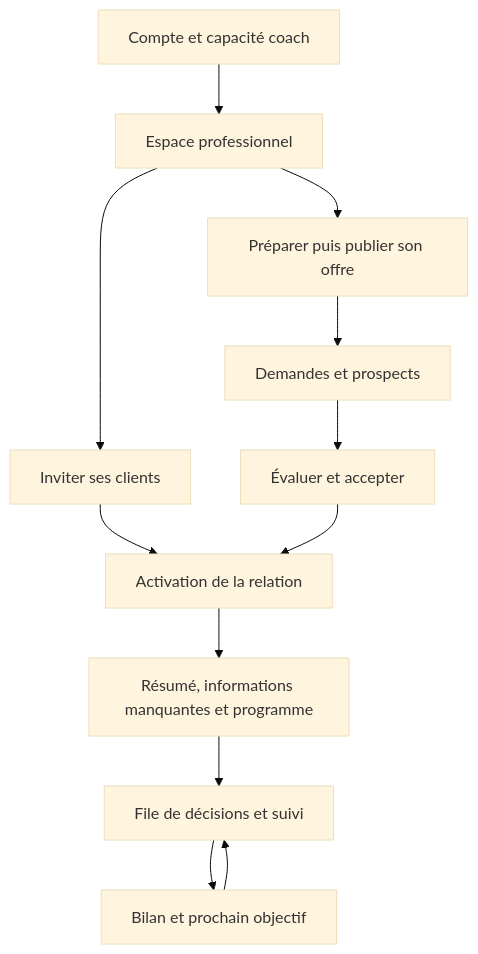
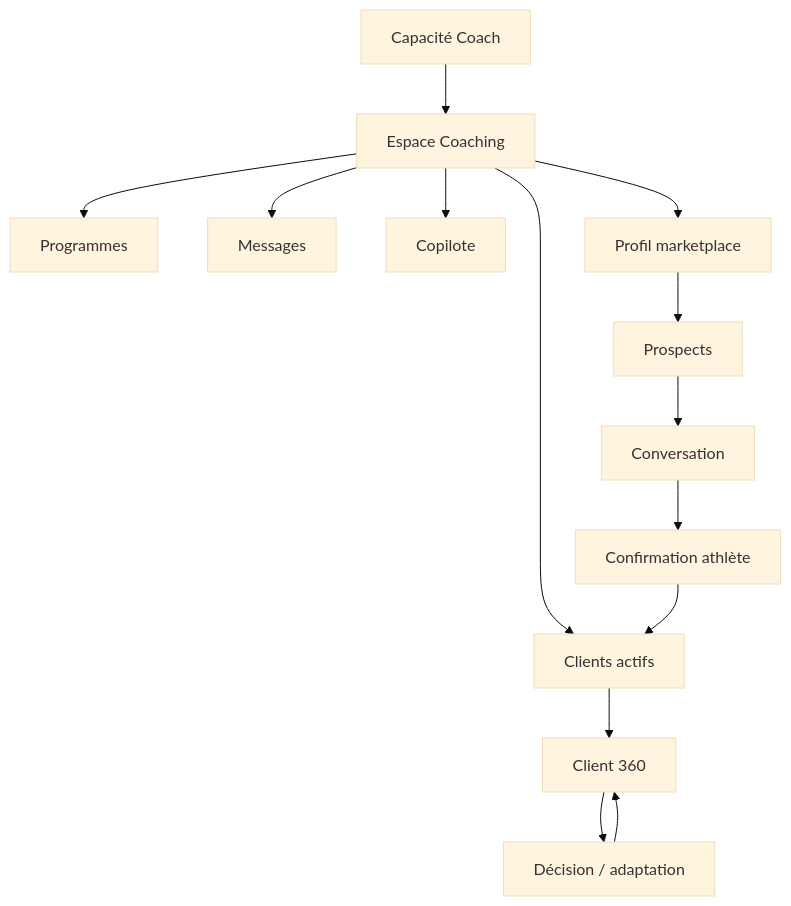
The fourth of 5 diagrams in docs/CARTE_PRODUIT.md (Jayvy2002/prometheus-tracker-app), drawn with Mermaid (base theme) before and after one commit. The commit also changed other lines of this file, not shown here.

````diff
--- a/docs/CARTE_PRODUIT.md
+++ b/docs/CARTE_PRODUIT.md
@@ -149,14 +203,16 @@
 ```mermaid
 flowchart TD
-  A["Compte et capacité coach"] --> B["Espace professionnel"]
-  B --> C["Inviter ses clients"]
-  B --> D["Préparer puis publier son offre"]
-  D --> E["Demandes et prospects"]
-  E --> F["Évaluer et accepter"]
-  C --> G["Activation de la relation"]
-  F --> G
-  G --> H["Résumé, informations manquantes et programme"]
-  H --> I["File de décisions et suivi"]
-  I --> J["Bilan et prochain objectif"]
-  J --> I
+  A[Capacité Coach] --> B[Espace Coaching]
+  B --> C[Clients actifs]
+  B --> D[Programmes]
+  B --> E[Messages]
+  B --> F[Copilote]
+  B --> G[Profil marketplace]
+  G --> H[Prospects]
+  H --> I[Conversation]
+  I --> J[Confirmation athlète]
+  J --> C
+  C --> K[Client 360]
+  K --> L[Décision / adaptation]
+  L --> K
 ```
````
